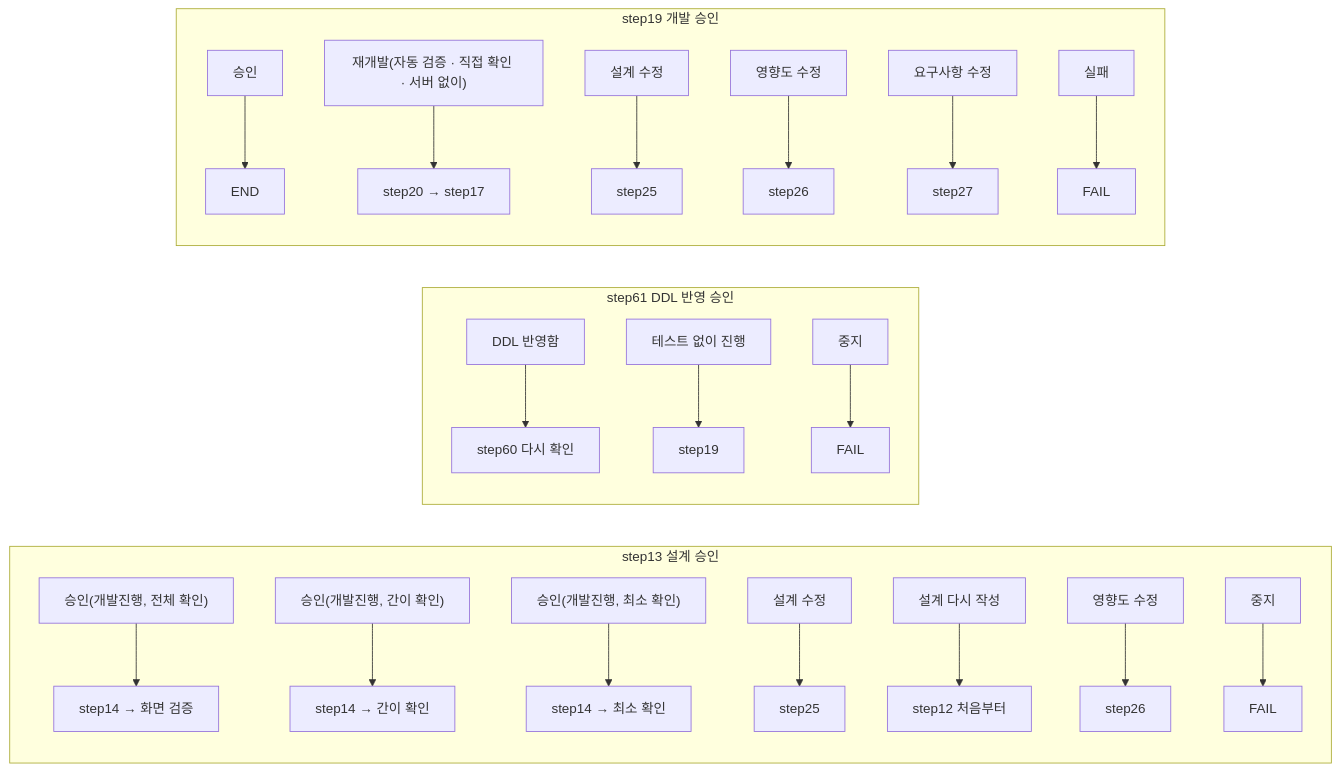
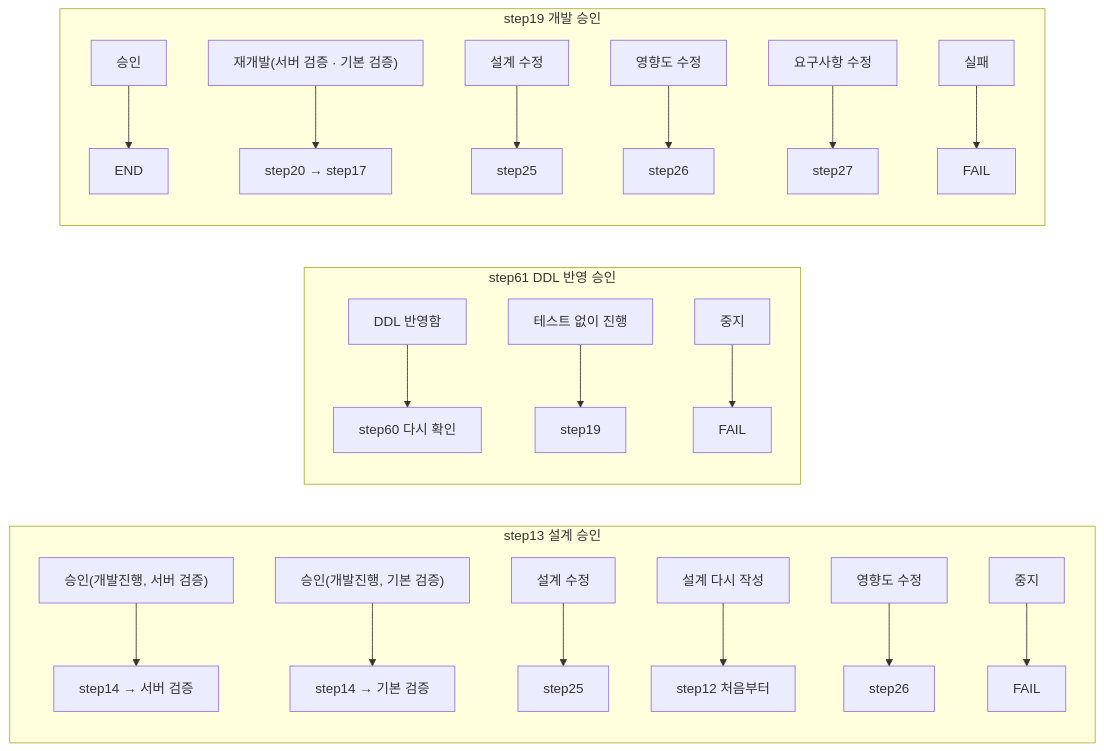
One commit to YongSoekChoeng/dstone changed diagram 19 of 24 in docs/09.dstone-ai-engine-sm-workflow.md. Above: the diagram before and after it, drawn with Mermaid. The commit also changed other lines of this file and 10 other files, not shown here.

````diff
--- a/docs/09.dstone-ai-engine-sm-workflow.md
+++ b/docs/09.dstone-ai-engine-sm-workflow.md
@@ -1409,25 +1387,24 @@
 ```mermaid
 flowchart LR
     subgraph S13["step13 설계 승인"]
-        c1["승인(개발진행, 전체 확인)"] --> v1["step14 → 화면 검증"]
-        c2["승인(개발진행, 간이 확인)"] --> v2["step14 → 간이 확인"]
-        c3["승인(개발진행, 최소 확인)"] --> v3["step14 → 최소 확인"]
+        c1["승인(개발진행, 서버 검증)"] --> v1["step14 → 서버 검증"]
+        c2["승인(개발진행, 기본 검증)"] --> v2["step14 → 기본 검증"]
         c4[설계 수정] --> v4[step25]
         c5[설계 다시 작성] --> v5[step12 처음부터]
         c6[영향도 수정] --> v6[step26]
         c7[중지] --> v7[FAIL]
     end
     subgraph S61["step61 DDL 반영 승인"]
         e1[DDL 반영함] --> x1[step60 다시 확인]
         e2[테스트 없이 진행] --> x2[step19]
         e3[중지] --> x3[FAIL]
     end
     subgraph S19["step19 개발 승인"]
         d1[승인] --> w1[END]
-        d2["재개발(자동 검증 · 직접 확인 · 서버 없이)"] --> w2[step20 → step17]
+        d2["재개발(서버 검증 · 기본 검증)"] --> w2[step20 → step17]
         d4[설계 수정] --> w4[step25]
         d5[영향도 수정] --> w5[step26]
         d6[요구사항 수정] --> w6[step27]
         d7[실패] --> w7[FAIL]
     end
 ```
````
